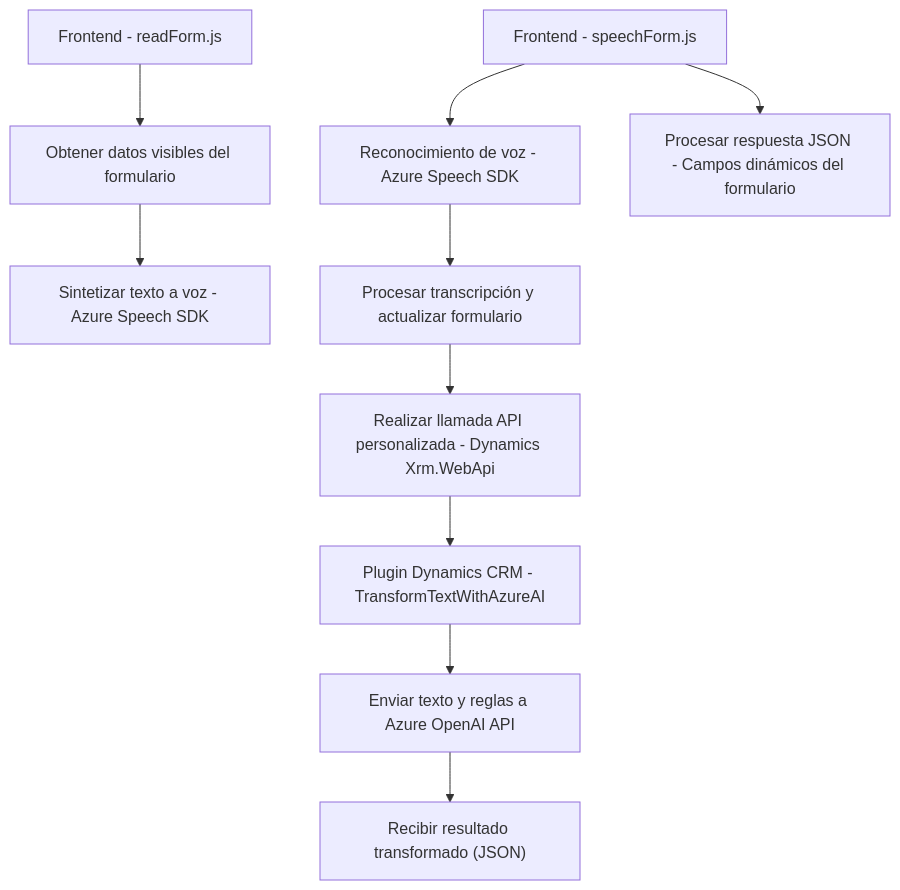
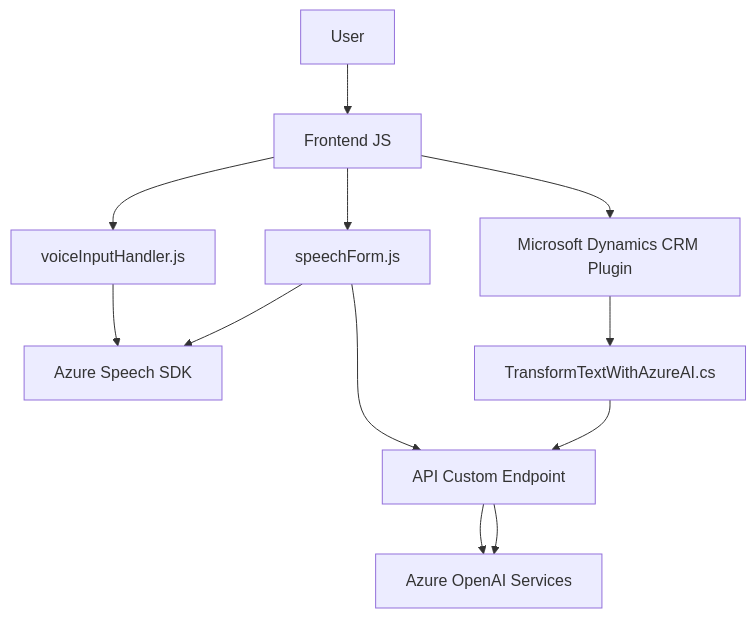
Before and after one commit to blopezdm/NETCORE_BILBAO2025: the diagram in README.md, drawn with Mermaid. The commit also changed other lines of this file, not shown here.

Commit message:
Actualizar análisis global de la solución con IA

````diff
--- a/README.md
+++ b/README.md
@@ -50,12 +59,15 @@
 ```mermaid
 graph TD
-    A["Frontend - readForm.js"] --> B["Obtener datos visibles del formulario"]
-    B --> C["Sintetizar texto a voz - Azure Speech SDK"]
-    D["Frontend - speechForm.js"] --> E["Reconocimiento de voz - Azure Speech SDK"]
-    E --> F["Procesar transcripción y actualizar formulario"]
-    F --> G["Realizar llamada API personalizada - Dynamics Xrm.WebApi"]
-    G --> H["Plugin Dynamics CRM - TransformTextWithAzureAI"]
-    H --> I["Enviar texto y reglas a Azure OpenAI API"]
-    I --> J["Recibir resultado transformado (JSON)"]
-    D --> K["Procesar respuesta JSON - Campos dinámicos del formulario"]
+    A["User"] --> B["Frontend JS"]
+    B["Frontend JS"] --> C["voiceInputHandler.js"]
+    B --> D["speechForm.js"]
+    C --> E["Azure Speech SDK"]
+    D --> E
+    D --> F["API Custom Endpoint"]
+    F --> G["Azure OpenAI Services"]
+
+    B --> H["Microsoft Dynamics CRM Plugin"]
+    H --> I["TransformTextWithAzureAI.cs"]
+    I --> F
+    F --> G
 ```
````
